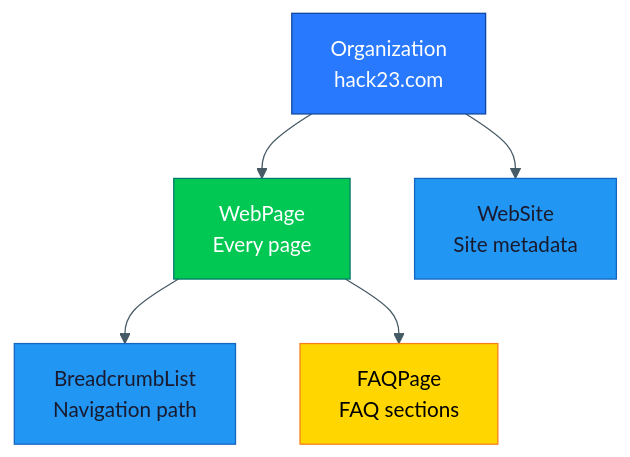
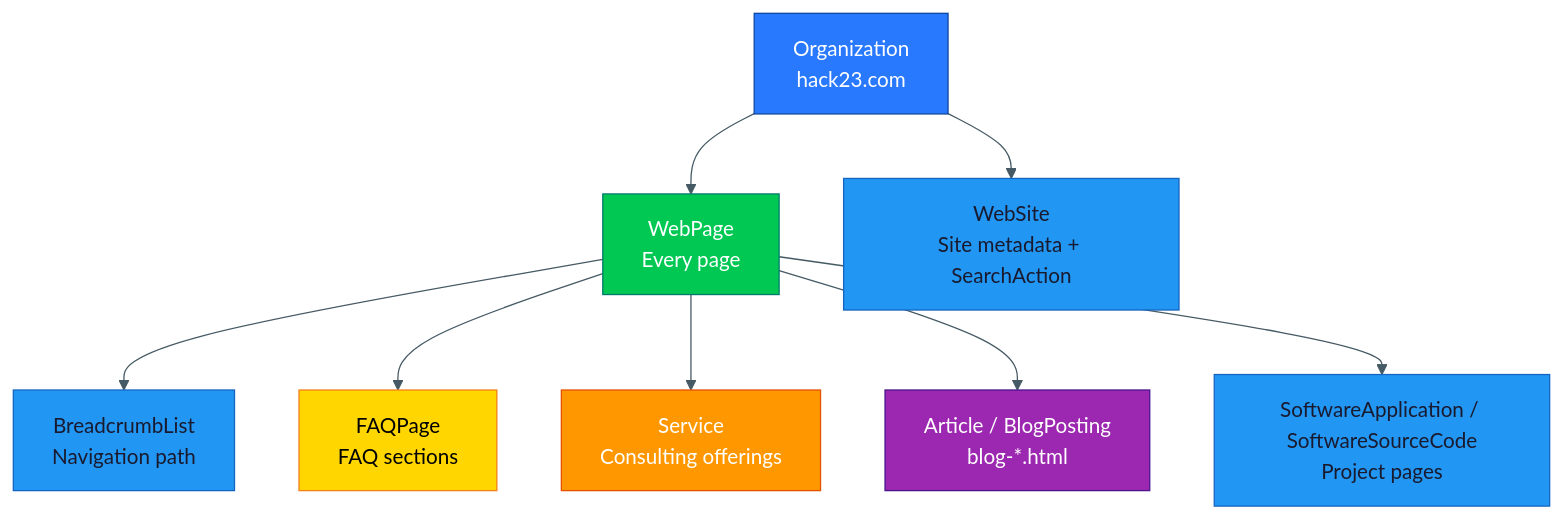
One commit to Hack23/homepage changed the third of 3 diagrams in DATA_MODEL.md. Above: the diagram before and after it, drawn with Mermaid. The commit also changed other lines of this file and 3 other files, not shown here.

First line of the commit message:
docs: refresh DATA_MODEL/FLOWCHART/STATEDIAGRAM/MINDMAP

````diff
--- a/DATA_MODEL.md
+++ b/DATA_MODEL.md
@@ -190,12 +206,17 @@
 ```mermaid
 %%{init: {"theme": "base", "themeVariables": {"primaryColor": "#2196F3", "primaryTextColor": "#1a1a2e", "lineColor": "#455A64", "secondaryColor": "#e8f5e9", "tertiaryColor": "#fff8e1", "primaryBorderColor": "#1565C0"}}}%%
 graph TD
     Org[Organization<br/>hack23.com] --> WP[WebPage<br/>Every page]
     WP --> BL[BreadcrumbList<br/>Navigation path]
     WP --> FAQ[FAQPage<br/>FAQ sections]
-    Org --> WS[WebSite<br/>Site metadata]
+    WP --> SVC[Service<br/>Consulting offerings]
+    WP --> Article[Article / BlogPosting<br/>blog-*.html]
+    WP --> SR[SoftwareApplication / SoftwareSourceCode<br/>Project pages]
+    Org --> WS[WebSite<br/>Site metadata + SearchAction]
 
     style Org fill:#2979FF,stroke:#0D47A1,color:#fff
     style WP fill:#00C853,stroke:#00796B,color:#fff
     style FAQ fill:#FFD600,stroke:#F57F17,color:#000
+    style SVC fill:#FF9800,stroke:#E65100,color:#fff
+    style Article fill:#9C27B0,stroke:#4A148C,color:#fff
 ```
````
